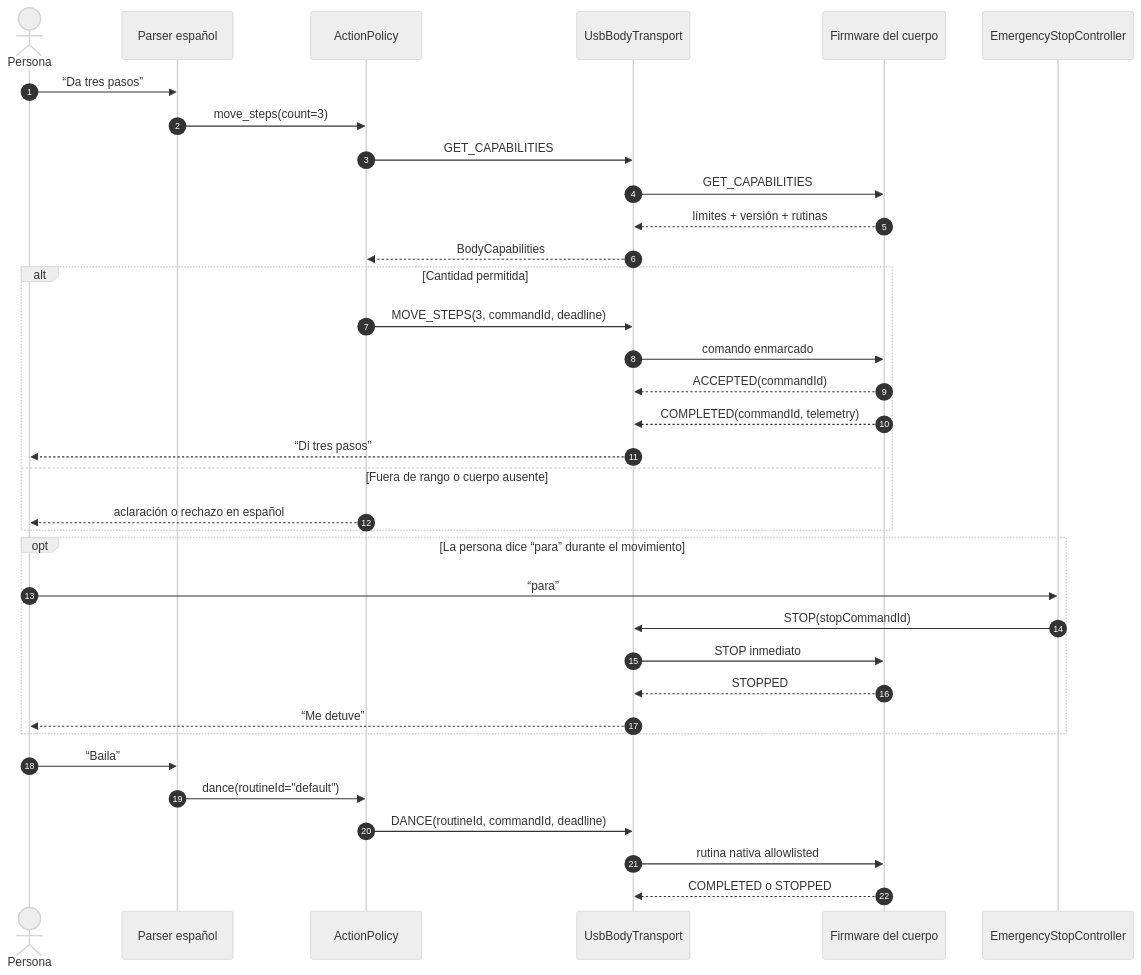
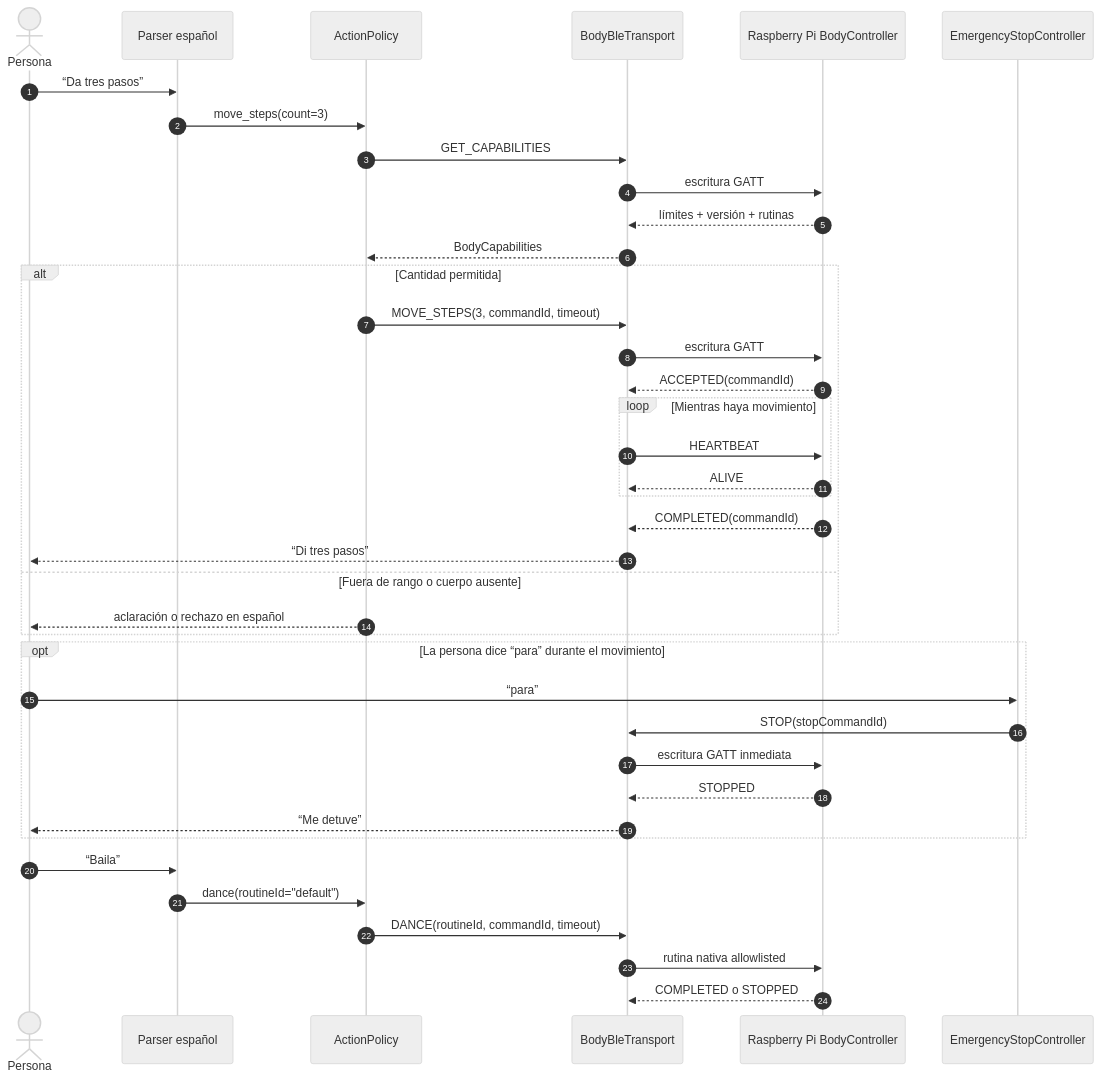
The third of 8 diagrams in docs/FLOWS.md (arielmendz/kiko), drawn with Mermaid (neutral theme) before and after one commit. The commit also changed other lines of this file and 33 other files, not shown here.

Commit message:
Bootstrap BLE Raspberry Pi body service

````diff
--- a/docs/FLOWS.md
+++ b/docs/FLOWS.md
@@ -85,41 +85,45 @@
 ```mermaid
 sequenceDiagram
     autonumber
     actor Persona
     participant Parser as Parser español
     participant Policy as ActionPolicy
-    participant USB as UsbBodyTransport
-    participant Body as Firmware del cuerpo
+    participant BLE as BodyBleTransport
+    participant Body as Raspberry Pi BodyController
     participant Stop as EmergencyStopController
 
     Persona->>Parser: “Da tres pasos”
     Parser->>Policy: move_steps(count=3)
-    Policy->>USB: GET_CAPABILITIES
-    USB->>Body: GET_CAPABILITIES
-    Body-->>USB: límites + versión + rutinas
-    USB-->>Policy: BodyCapabilities
+    Policy->>BLE: GET_CAPABILITIES
+    BLE->>Body: escritura GATT
+    Body-->>BLE: límites + versión + rutinas
+    BLE-->>Policy: BodyCapabilities
 
     alt Cantidad permitida
-        Policy->>USB: MOVE_STEPS(3, commandId, deadline)
-        USB->>Body: comando enmarcado
-        Body-->>USB: ACCEPTED(commandId)
-        Body-->>USB: COMPLETED(commandId, telemetry)
-        USB-->>Persona: “Di tres pasos”
+        Policy->>BLE: MOVE_STEPS(3, commandId, timeout)
+        BLE->>Body: escritura GATT
+        Body-->>BLE: ACCEPTED(commandId)
+        loop Mientras haya movimiento
+            BLE->>Body: HEARTBEAT
+            Body-->>BLE: ALIVE
+        end
+        Body-->>BLE: COMPLETED(commandId)
+        BLE-->>Persona: “Di tres pasos”
     else Fuera de rango o cuerpo ausente
         Policy-->>Persona: aclaración o rechazo en español
     end
 
     opt La persona dice “para” durante el movimiento
         Persona->>Stop: “para”
-        Stop->>USB: STOP(stopCommandId)
-        USB->>Body: STOP inmediato
-        Body-->>USB: STOPPED
-        USB-->>Persona: “Me detuve”
+        Stop->>BLE: STOP(stopCommandId)
+        BLE->>Body: escritura GATT inmediata
+        Body-->>BLE: STOPPED
+        BLE-->>Persona: “Me detuve”
     end
 
     Persona->>Parser: “Baila”
     Parser->>Policy: dance(routineId="default")
-    Policy->>USB: DANCE(routineId, commandId, deadline)
-    USB->>Body: rutina nativa allowlisted
-    Body-->>USB: COMPLETED o STOPPED
+    Policy->>BLE: DANCE(routineId, commandId, timeout)
+    BLE->>Body: rutina nativa allowlisted
+    Body-->>BLE: COMPLETED o STOPPED
 ```
````
